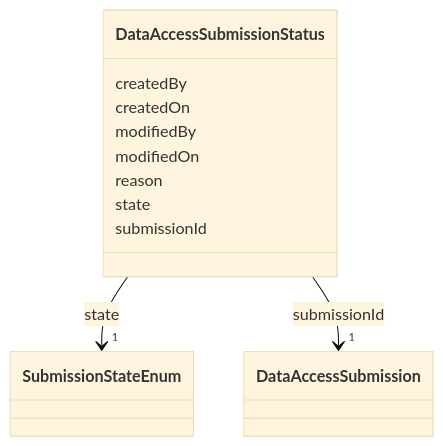
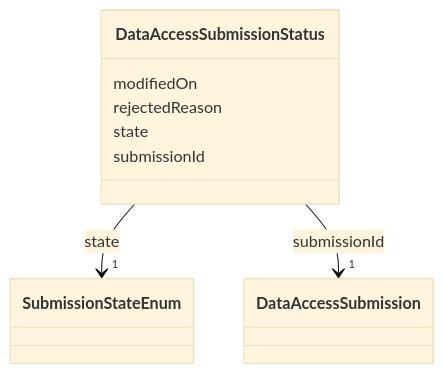
One commit to mc2-center/governanceDUO changed the diagram in docs/reference/classes/DataAccessSubmissionStatus.md. Above: the diagram before and after it, drawn with Mermaid (base theme). The commit also changed other lines of this file and 23 other files, not shown here.

First line of the commit message:
Fix DataAccessSubmission/DataAccessSubmissionStatus field names to match live Synapse API

````diff
--- a/docs/reference/classes/DataAccessSubmissionStatus.md
+++ b/docs/reference/classes/DataAccessSubmissionStatus.md
@@ -23,38 +25,32 @@
 ```mermaid
  classDiagram
     class DataAccessSubmissionStatus
     click DataAccessSubmissionStatus href "../../classes/DataAccessSubmissionStatus/"
-      DataAccessSubmissionStatus : createdBy
-        
-      DataAccessSubmissionStatus : createdOn
-        
-      DataAccessSubmissionStatus : modifiedBy
-        
       DataAccessSubmissionStatus : modifiedOn
         
-      DataAccessSubmissionStatus : reason
+      DataAccessSubmissionStatus : rejectedReason
         
       DataAccessSubmissionStatus : state
         
           
     
         
         
         DataAccessSubmissionStatus --> "1" SubmissionStateEnum : state
         click SubmissionStateEnum href "../../enums/SubmissionStateEnum/"
     
 
         
       DataAccessSubmissionStatus : submissionId
         
           
     
         
         
         DataAccessSubmissionStatus --> "1" DataAccessSubmission : submissionId
         click DataAccessSubmission href "../../classes/DataAccessSubmission/"
     
 
         
       
 ```
````
